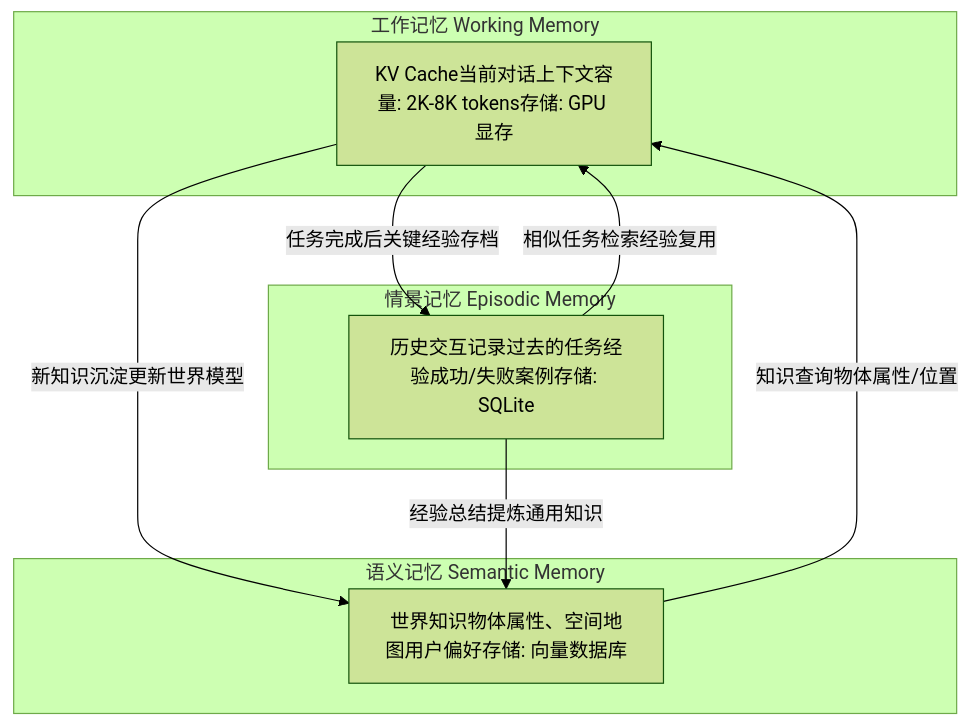
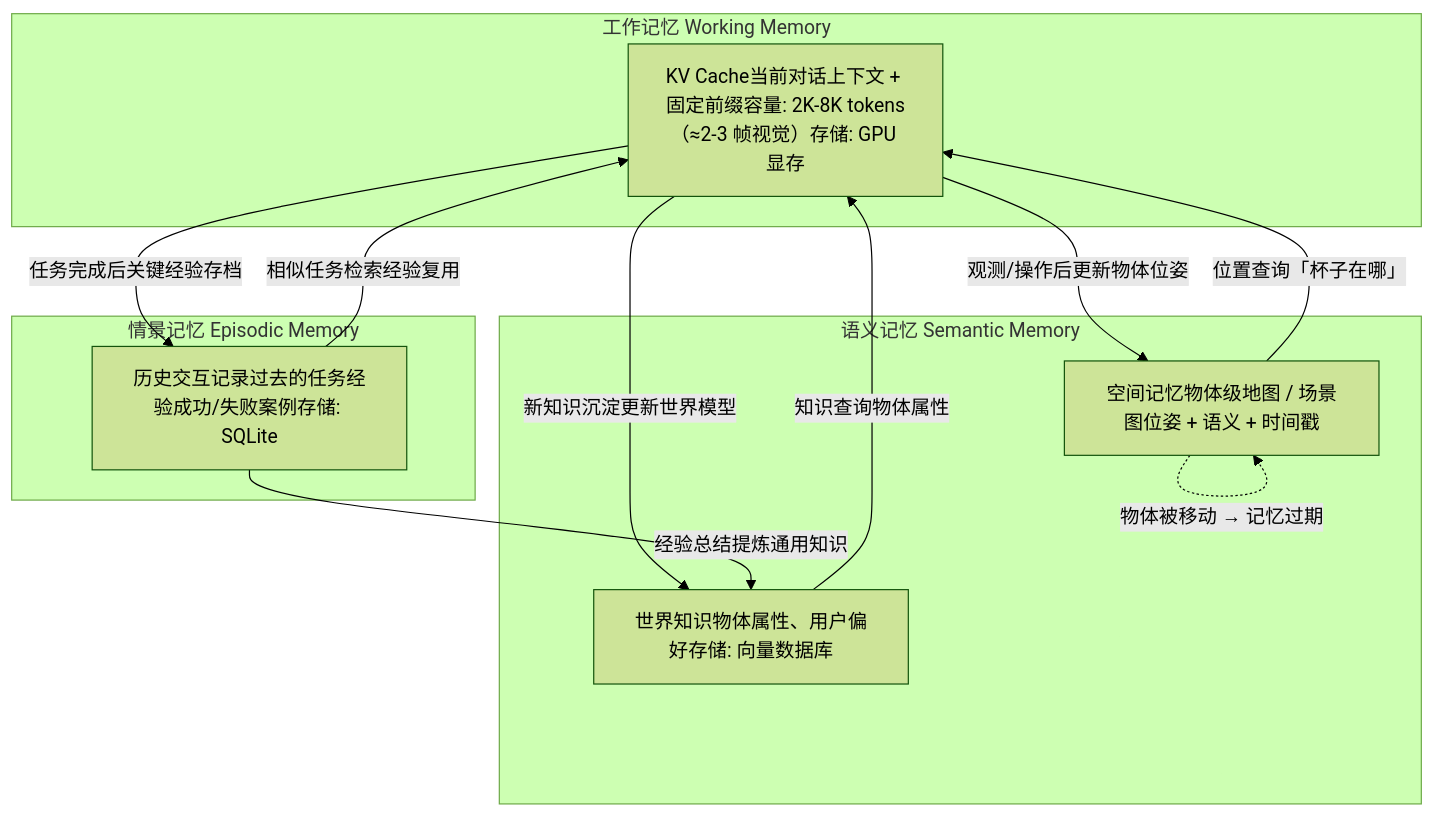
The sixth of 6 diagrams in robot/general/embodied-agent.md (ranpin/edge-ai-docs), drawn with Mermaid (forest theme) before and after one commit. The commit also changed other lines of this file and 4 other files, not shown here.

````diff
--- a/robot/general/embodied-agent.md
+++ b/robot/general/embodied-agent.md
@@ -330,20 +616,24 @@
 ```mermaid
 graph TB
     subgraph 工作记忆 Working Memory
-        WM["KV Cache当前对话上下文容量: 2K-8K tokens存储: GPU 显存"]
+        WM["KV Cache当前对话上下文 + 固定前缀容量: 2K-8K tokens（≈2-3 帧视觉）存储: GPU 显存"]
     end
 
     subgraph 情景记忆 Episodic Memory
         EM2["历史交互记录过去的任务经验成功/失败案例存储: SQLite"]
     end
 
     subgraph 语义记忆 Semantic Memory
-        SM["世界知识物体属性、空间地图用户偏好存储: 向量数据库"]
+        SM["世界知识物体属性、用户偏好存储: 向量数据库"]
+        SPM["空间记忆物体级地图 / 场景图位姿 + 语义 + 时间戳"]
     end
 
     WM -->|"任务完成后关键经验存档"| EM2
     EM2 -->|"相似任务检索经验复用"| WM
-    SM -->|"知识查询物体属性/位置"| WM
+    SM -->|"知识查询物体属性"| WM
+    SPM -->|"位置查询「杯子在哪」"| WM
     WM -->|"新知识沉淀更新世界模型"| SM
+    WM -->|"观测/操作后更新物体位姿"| SPM
     EM2 -->|"经验总结提炼通用知识"| SM
+    SPM -.->|"物体被移动 → 记忆过期"| SPM
 ```
````
